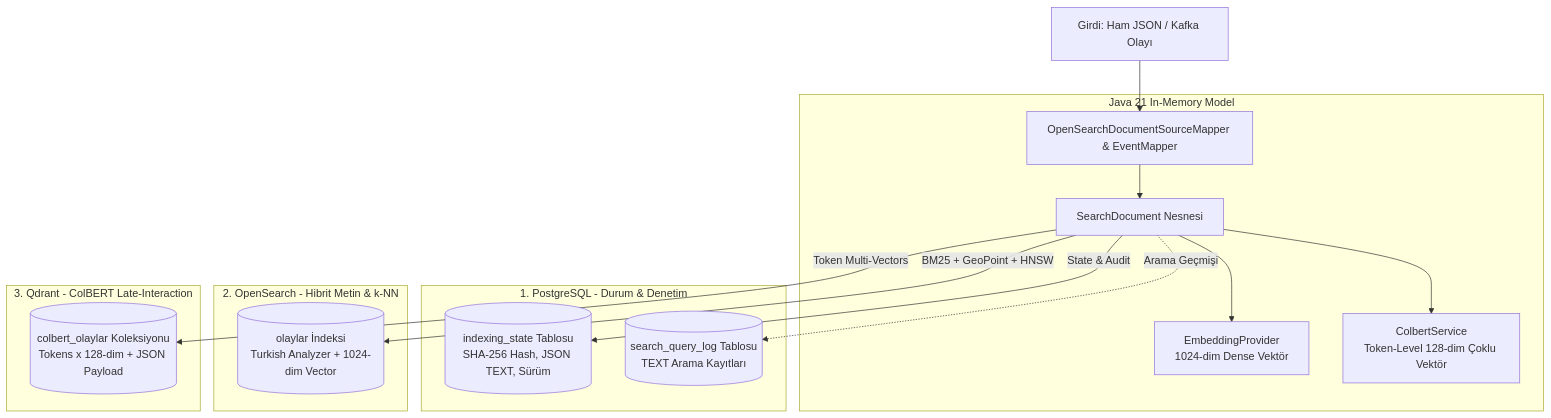
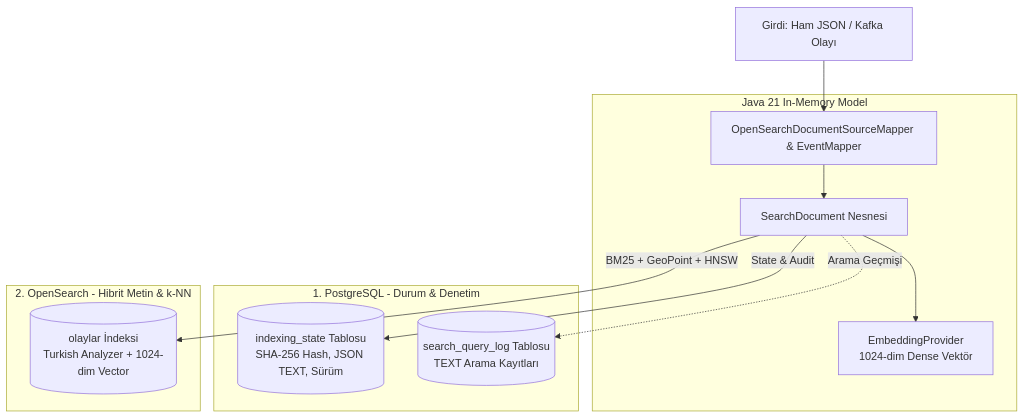
Before and after one commit to muhammetcetinalp/semantic-seacrh: the diagram in VERI_DEPOLAMA_MIMARISI_README.md, drawn with Mermaid. The commit also changed other lines of this file and 99 other files, not shown here.

````diff
--- a/VERI_DEPOLAMA_MIMARISI_README.md
+++ b/VERI_DEPOLAMA_MIMARISI_README.md
@@ -16,23 +16,18 @@
 ```mermaid
 flowchart TD
     Raw[Girdi: Ham JSON / Kafka Olayı] --> Mapper[OpenSearchDocumentSourceMapper & EventMapper]
     
     subgraph Bellek [Java 21 In-Memory Model]
         Mapper --> Doc[SearchDocument Nesnesi]
         Doc --> EmbeddingGen[EmbeddingProvider<br/>1024-dim Dense Vektör]
-        Doc --> ColbertGen[ColbertService<br/>Token-Level 128-dim Çoklu Vektör]
     end
 
     subgraph DB1 [1. PostgreSQL - Durum & Denetim]
         Doc -->|State & Audit| PgState[(indexing_state Tablosu<br/>SHA-256 Hash, JSON TEXT, Sürüm)]
         Doc -.->|Arama Geçmişi| PgLog[(search_query_log Tablosu<br/>TEXT Arama Kayıtları)]
     end
 
     subgraph DB2 [2. OpenSearch - Hibrit Metin & k-NN]
         Doc -->|BM25 + GeoPoint + HNSW| OSIndex[(olaylar İndeksi<br/>Turkish Analyzer + 1024-dim Vector)]
     end
-
-    subgraph DB3 [3. Qdrant - ColBERT Late-Interaction]
-        Doc -->|Token Multi-Vectors| QdrantCol[(colbert_olaylar Koleksiyonu<br/>Tokens x 128-dim + JSON Payload)]
-    end
 ```
````
